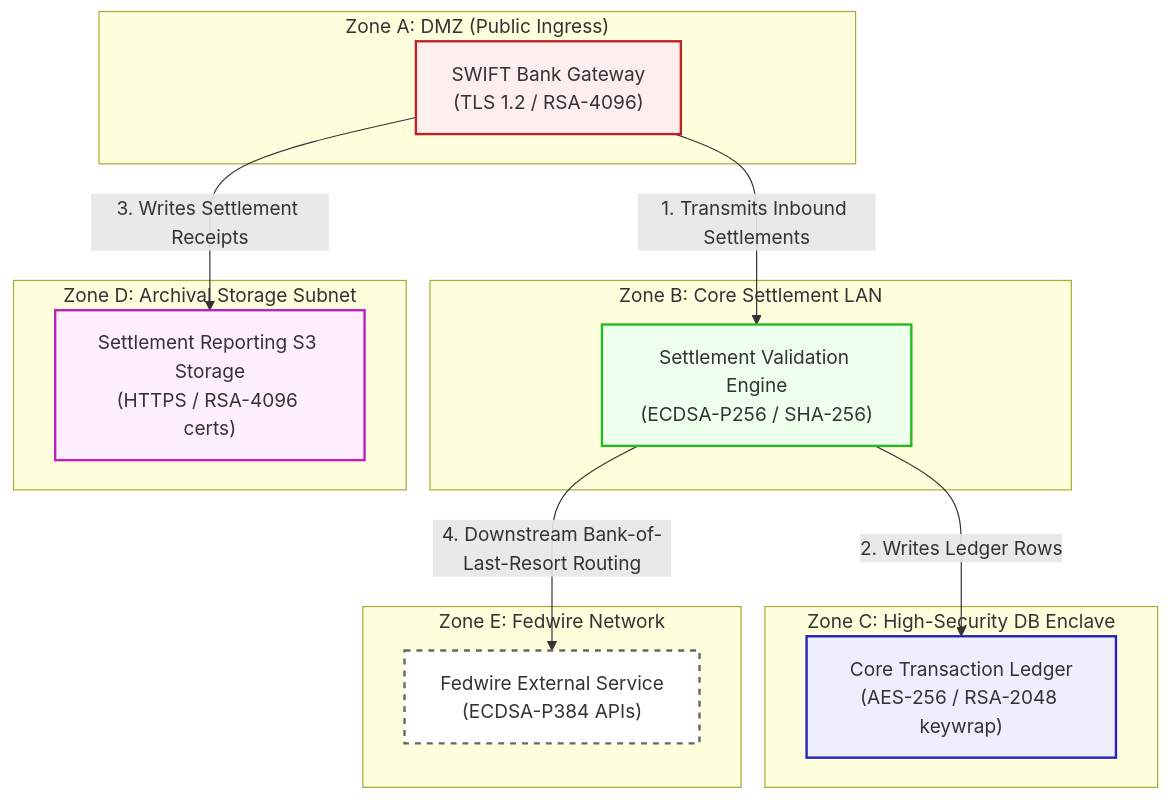
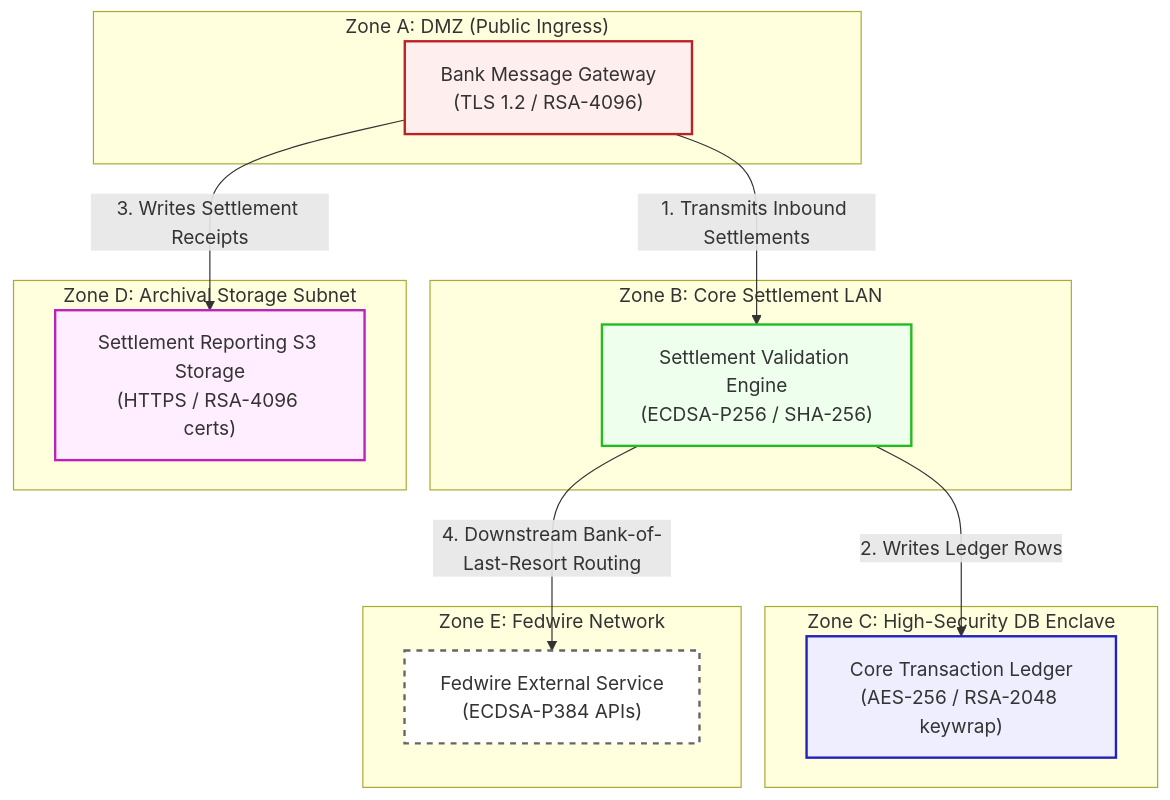
One commit to justinwkUKM/AETHER-PQC changed the diagram in sample_artifacts/scenarios/06-financial-clearing/architecture.md. Above: the diagram before and after it, drawn with Mermaid. The commit also changed other lines of this file and 187 other files, not shown here.

````diff
--- a/sample_artifacts/scenarios/06-financial-clearing/architecture.md
+++ b/sample_artifacts/scenarios/06-financial-clearing/architecture.md
@@ -21,41 +21,41 @@
 ```mermaid
 graph TD
   subgraph Zone_A_DMZ ["Zone A: DMZ (Public Ingress)"]
-    N1["SWIFT Bank Gateway<br/>(TLS 1.2 / RSA-4096)"]
+    N1["Bank Message Gateway<br/>(TLS 1.2 / RSA-4096)"]
   end
 
   subgraph Zone_B_Core ["Zone B: Core Settlement LAN"]
     N2["Settlement Validation Engine<br/>(ECDSA-P256 / SHA-256)"]
   end
 
   subgraph Zone_C_DB ["Zone C: High-Security DB Enclave"]
     N3["Core Transaction Ledger<br/>(AES-256 / RSA-2048 keywrap)"]
   end
 
   subgraph Zone_D_Archive ["Zone D: Archival Storage Subnet"]
     N4["Settlement Reporting S3 Storage<br/>(HTTPS / RSA-4096 certs)"]
   end
 
   subgraph Zone_E_External ["Zone E: Fedwire Network"]
     N5["Fedwire External Service<br/>(ECDSA-P384 APIs)"]
   end
 
   %% Flow Connections %%
   N1 -->|1. Transmits Inbound Settlements| N2
   N2 -->|2. Writes Ledger Rows| N3
   N1 -->|3. Writes Settlement Receipts| N4
   N2 -->|4. Downstream Bank-of-Last-Resort Routing| N5
 
   %% Styling %%
   classDef dmz fill:#fee,stroke:#b22,stroke-width:2px;
   classDef core fill:#efe,stroke:#2b2,stroke-width:2px;
   classDef enclave fill:#eef,stroke:#22b,stroke-width:2px;
   classDef archive fill:#fef,stroke:#b2b,stroke-width:2px;
   classDef ext fill:#fff,stroke:#666,stroke-width:2px,stroke-dasharray: 5 5;
 
   class N1 dmz;
   class N2 core;
   class N3 enclave;
   class N4 archive;
   class N5 ext;
 ```
````
